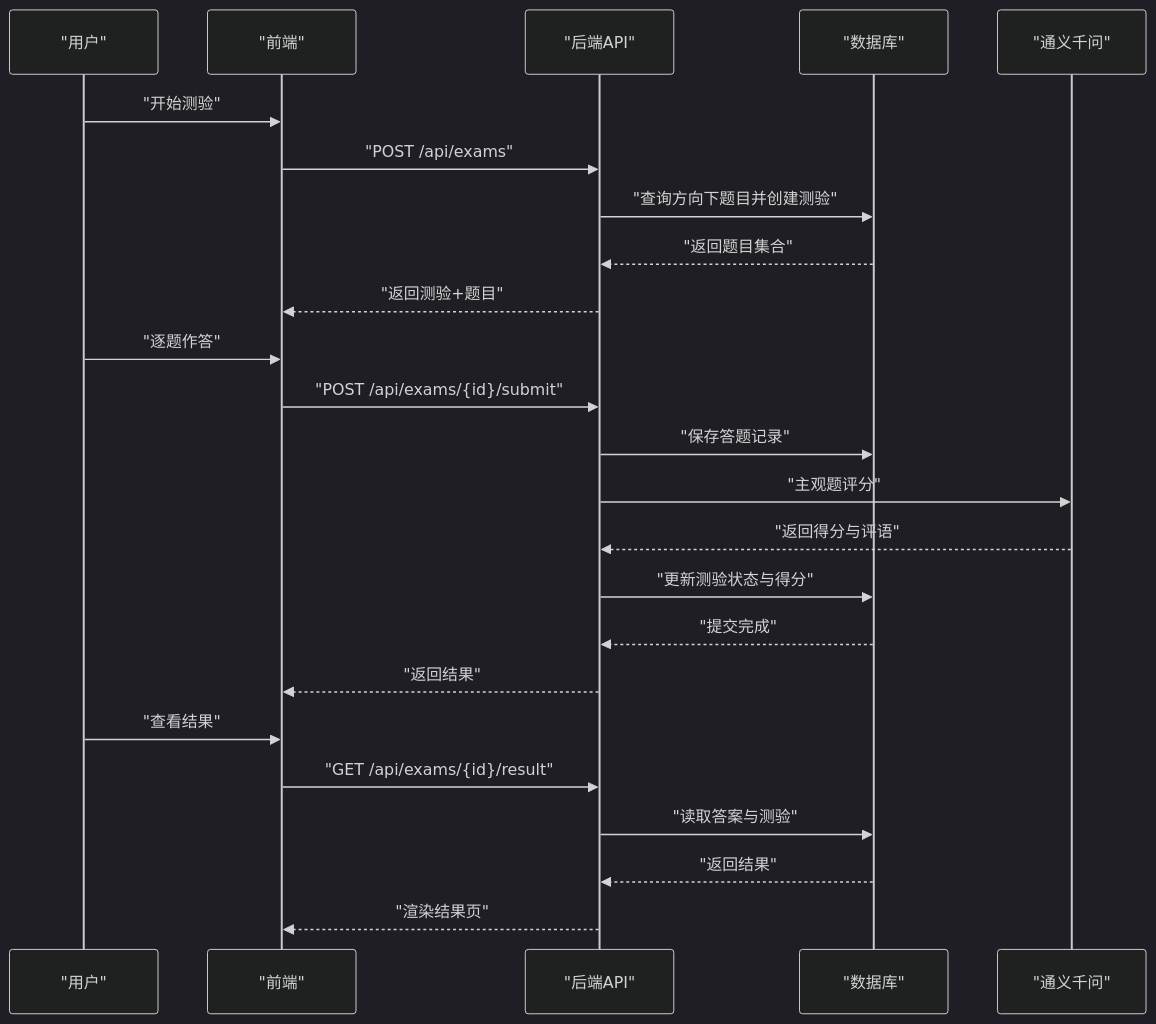
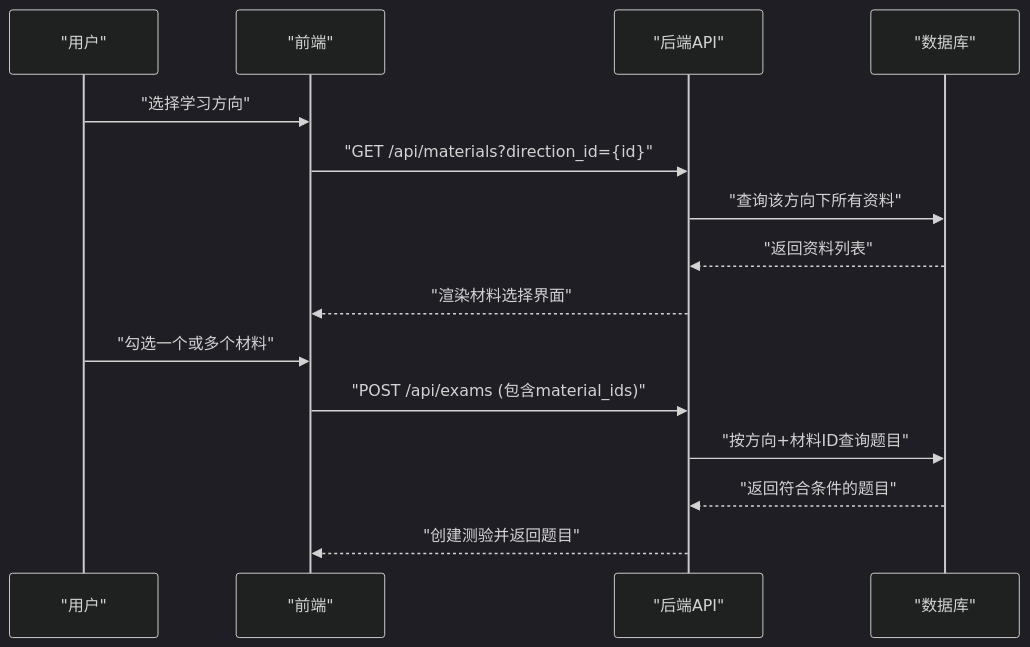
Before and after one commit to zhiwenli-jack/personal-learning-manager: the third of 10 diagrams in .qoder/repowiki/zh/content/核心功能模块/测验评估系统.md, drawn with Mermaid (dark theme). The commit also changed other lines of this file and 6 other files, not shown here.

````diff
--- a/.qoder/repowiki/zh/content/核心功能模块/测验评估系统.md
+++ b/.qoder/repowiki/zh/content/核心功能模块/测验评估系统.md
@@ -180,26 +190,17 @@
 ```mermaid
 sequenceDiagram
 participant U as "用户"
 participant FE as "前端"
 participant API as "后端API"
 participant DB as "数据库"
-participant AI as "通义千问"
-U->>FE : "开始测验"
-FE->>API : "POST /api/exams"
-API->>DB : "查询方向下题目并创建测验"
-DB-->>API : "返回题目集合"
-API-->>FE : "返回测验+题目"
-U->>FE : "逐题作答"
-FE->>API : "POST /api/exams/{id}/submit"
-API->>DB : "保存答题记录"
-API->>AI : "主观题评分"
-AI-->>API : "返回得分与评语"
-API->>DB : "更新测验状态与得分"
-DB-->>API : "提交完成"
-API-->>FE : "返回结果"
-U->>FE : "查看结果"
-FE->>API : "GET /api/exams/{id}/result"
-API->>DB : "读取答案与测验"
-DB-->>API : "返回结果"
-API-->>FE : "渲染结果页"
+U->>FE : "选择学习方向"
+FE->>API : "GET /api/materials?direction_id={id}"
+API->>DB : "查询该方向下所有资料"
+DB-->>API : "返回资料列表"
+API-->>FE : "渲染材料选择界面"
+U->>FE : "勾选一个或多个材料"
+FE->>API : "POST /api/exams (包含material_ids)"
+API->>DB : "按方向+材料ID查询题目"
+DB-->>API : "返回符合条件的题目"
+API-->>FE : "创建测验并返回题目"
 ```
````
